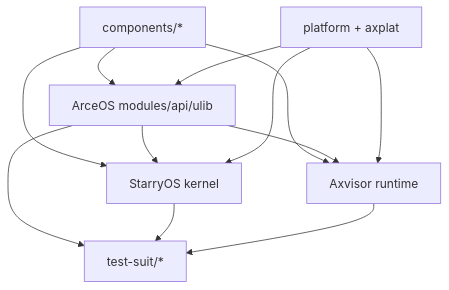
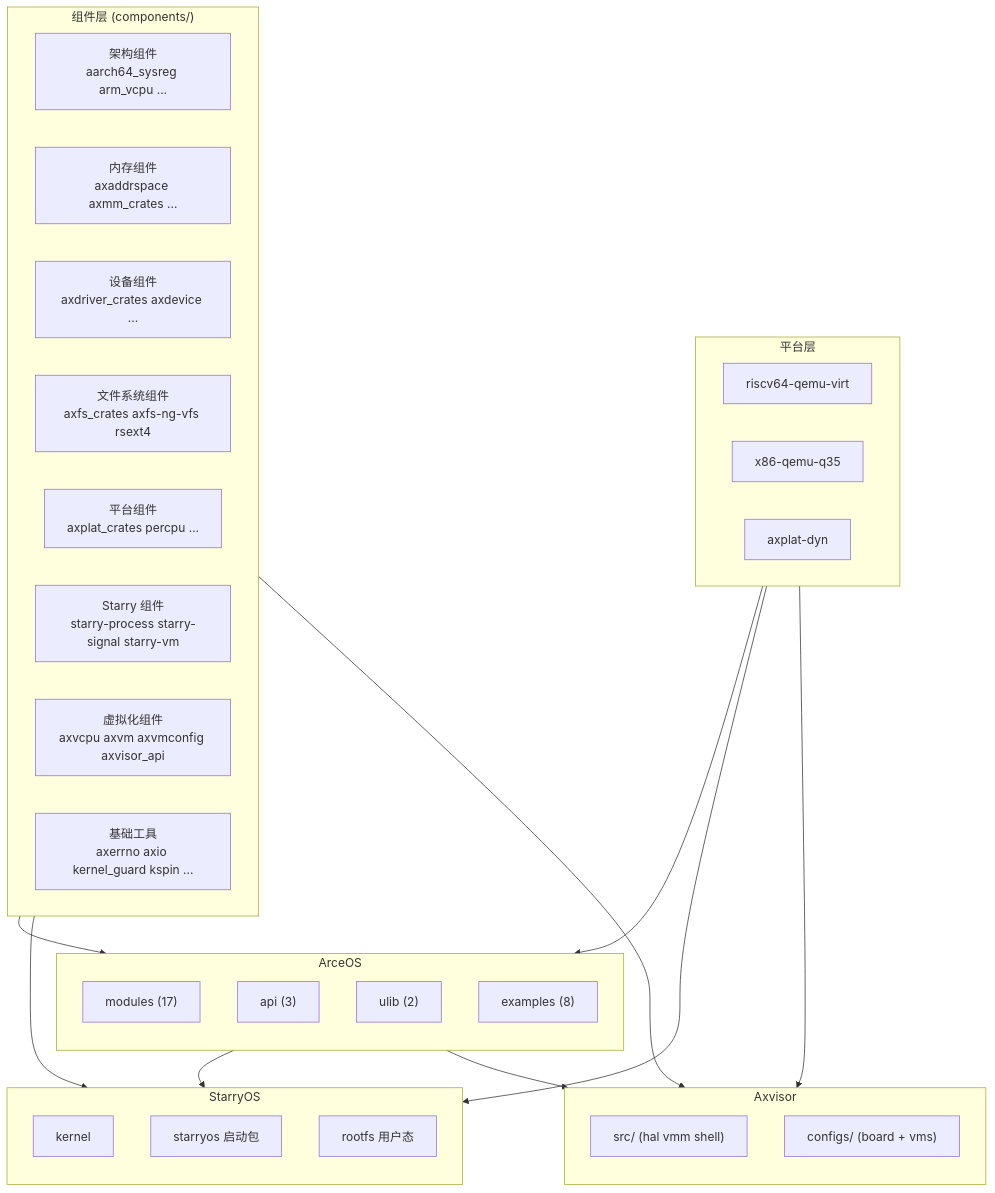
One commit to rcore-os/tgoskits changed the diagram in docs/docs/design/architecture/arch.md. Above: the diagram before and after it, drawn with Mermaid. The commit also changed other lines of this file and 3 other files, not shown here.

Commit message:
docs: update architecture documentation for ArceOS, Axvisor, and StarryOS with enhanced details and flowcharts

````diff
--- a/docs/docs/design/architecture/arch.md
+++ b/docs/docs/design/architecture/arch.md
@@ -28,21 +10,51 @@
 ```mermaid
 flowchart TD
-    Reusable["components/*"]
-    ArceOS["ArceOS modules/api/ulib"]
-    Starry["StarryOS kernel"]
-    Axvisor["Axvisor runtime"]
-    Platform["platform + axplat"]
-    Tests["test-suit/*"]
+    subgraph Components["组件层 (components/)"]
+        direction LR
+        C1["架构组件<br/>aarch64_sysreg arm_vcpu ..."]
+        C2["内存组件<br/>axaddrspace axmm_crates ..."]
+        C3["设备组件<br/>axdriver_crates axdevice ..."]
+        C4["文件系统组件<br/>axfs_crates axfs-ng-vfs rsext4"]
+        C5["平台组件<br/>axplat_crates percpu ..."]
+        C6["Starry 组件<br/>starry-process starry-signal starry-vm"]
+        C7["虚拟化组件<br/>axvcpu axvm axvmconfig axvisor_api"]
+        C8["基础工具<br/>axerrno axio kernel_guard kspin ..."]
+    end
 
-    Reusable --> ArceOS
-    Reusable --> Starry
-    Reusable --> Axvisor
-    ArceOS --> Starry
+    subgraph ArceOS["ArceOS"]
+        direction TB
+        AM["modules (17)"]
+        AA["api (3)"]
+        AU["ulib (2)"]
+        AX["examples (8)"]
+    end
+
+    subgraph StarryOS["StarryOS"]
+        direction TB
+        SK["kernel"]
+        SP["starryos 启动包"]
+        SR["rootfs 用户态"]
+    end
+
+    subgraph Axvisor["Axvisor"]
+        direction TB
+        AV["src/ (hal vmm shell)"]
+        AC["configs/ (board + vms)"]
+    end
+
+    subgraph Platform["平台层"]
+        direction LR
+        P1["riscv64-qemu-virt"]
+        P2["x86-qemu-q35"]
+        P3["axplat-dyn"]
+    end
+
+    Components --> ArceOS
+    Components --> StarryOS
+    Components --> Axvisor
+    ArceOS --> StarryOS
     ArceOS --> Axvisor
     Platform --> ArceOS
-    Platform --> Starry
+    Platform --> StarryOS
     Platform --> Axvisor
-    ArceOS --> Tests
-    Starry --> Tests
-    Axvisor --> Tests
 ```
````
